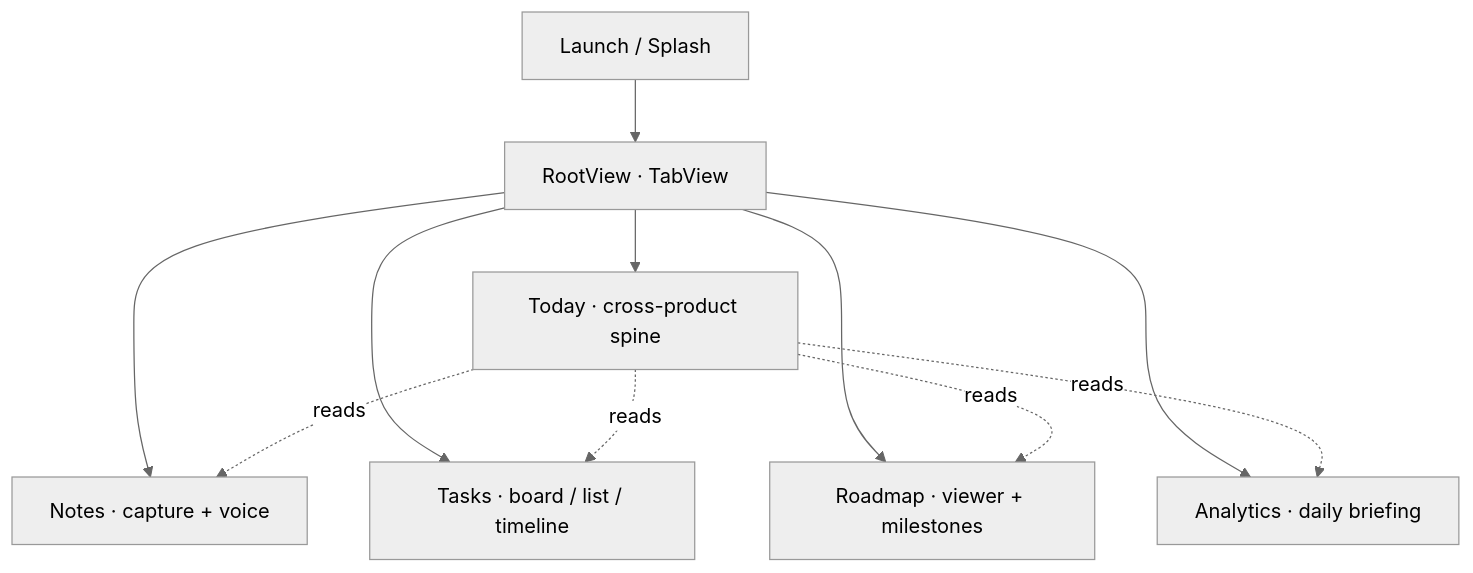
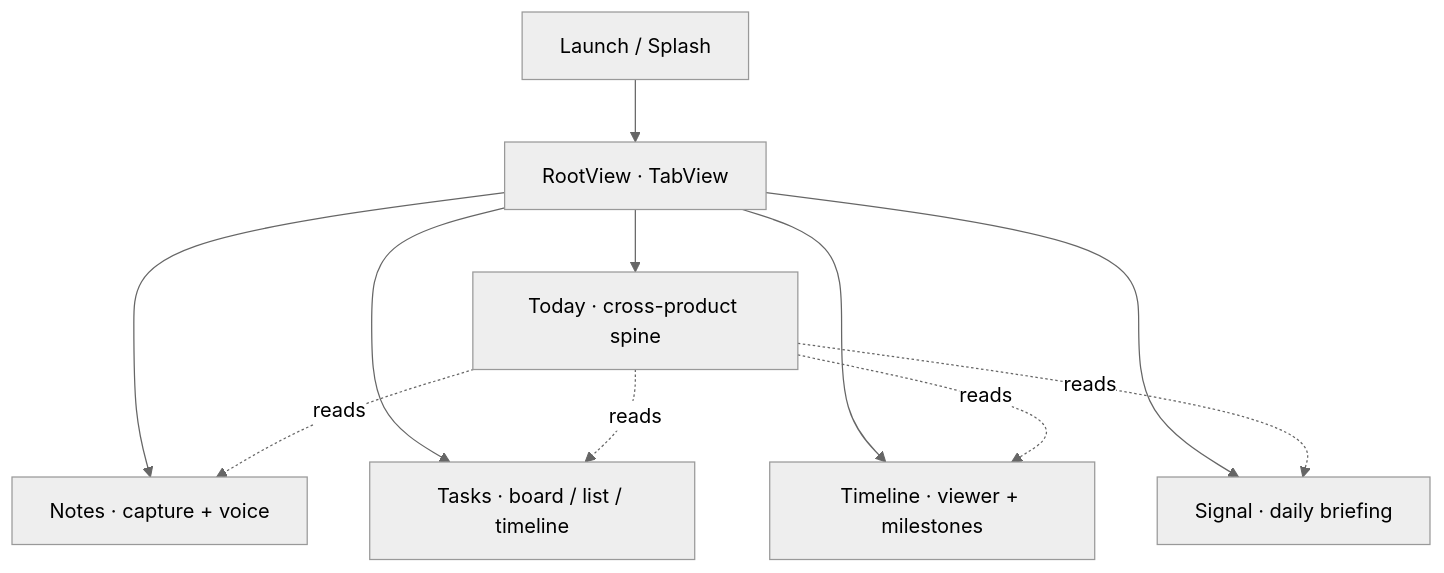
The diagram in content/atlas/ios-suite-app.md (ethanmcn2013-droid/studio), drawn with Mermaid (neutral theme) before and after one commit. The commit also changed 193 other files, not shown here.

````diff
--- a/content/atlas/ios-suite-app.md
+++ b/content/atlas/ios-suite-app.md
@@ -22,13 +22,13 @@
 ```mermaid
 flowchart TB
   L[Launch / Splash] --> R[RootView · TabView]
   R --> TD[Today · cross-product spine]
   R --> N[Notes · capture + voice]
   R --> T[Tasks · board / list / timeline]
-  R --> RM[Roadmap · viewer + milestones]
-  R --> A[Analytics · daily briefing]
+  R --> RM[Timeline · viewer + milestones]
+  R --> A[Signal · daily briefing]
   TD -.reads.-> N
   TD -.reads.-> T
   TD -.reads.-> RM
   TD -.reads.-> A
 ```
````
